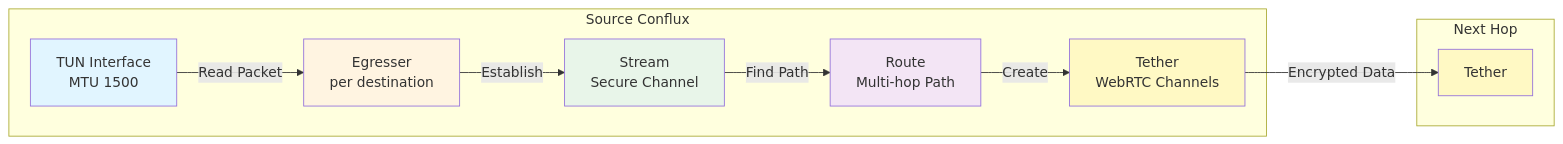
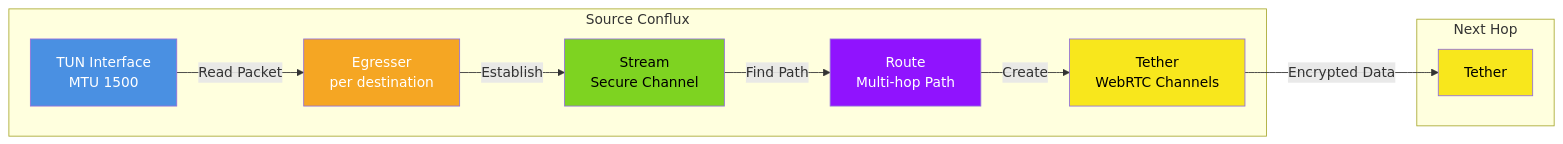
One commit to wjs-529/conflux changed the second of 6 diagrams in README.md. Above: the diagram before and after it, drawn with Mermaid. The commit also changed other lines of this file, not shown here.

````diff
--- a/README.md
+++ b/README.md
@@ -94,27 +94,27 @@
 ```mermaid
 flowchart LR
     subgraph "Source Conflux"
         TUN[TUN Interface<br/>MTU 1500]
         EGR[Egresser<br/>per destination]
         STR[Stream<br/>Secure Channel]
         RTE[Route<br/>Multi-hop Path]
         TTH[Tether<br/>WebRTC Channels]
     end
     
     subgraph "Next Hop"
         TTH2[Tether]
     end
     
     TUN -->|Read Packet| EGR
     EGR -->|Establish| STR
     STR -->|Find Path| RTE
     RTE -->|Create| TTH
     TTH -->|Encrypted Data| TTH2
     
-    style TUN fill:#e1f5ff
-    style EGR fill:#fff4e1
-    style STR fill:#e8f5e9
-    style RTE fill:#f3e5f5
-    style TTH fill:#fff9c4
-    style TTH2 fill:#fff9c4
+    style TUN fill:#4a90e2,color:#fff
+    style EGR fill:#f5a623,color:#fff
+    style STR fill:#7ed321,color:#000
+    style RTE fill:#9013fe,color:#fff
+    style TTH fill:#f8e71c,color:#000
+    style TTH2 fill:#f8e71c,color:#000
 ```
````
